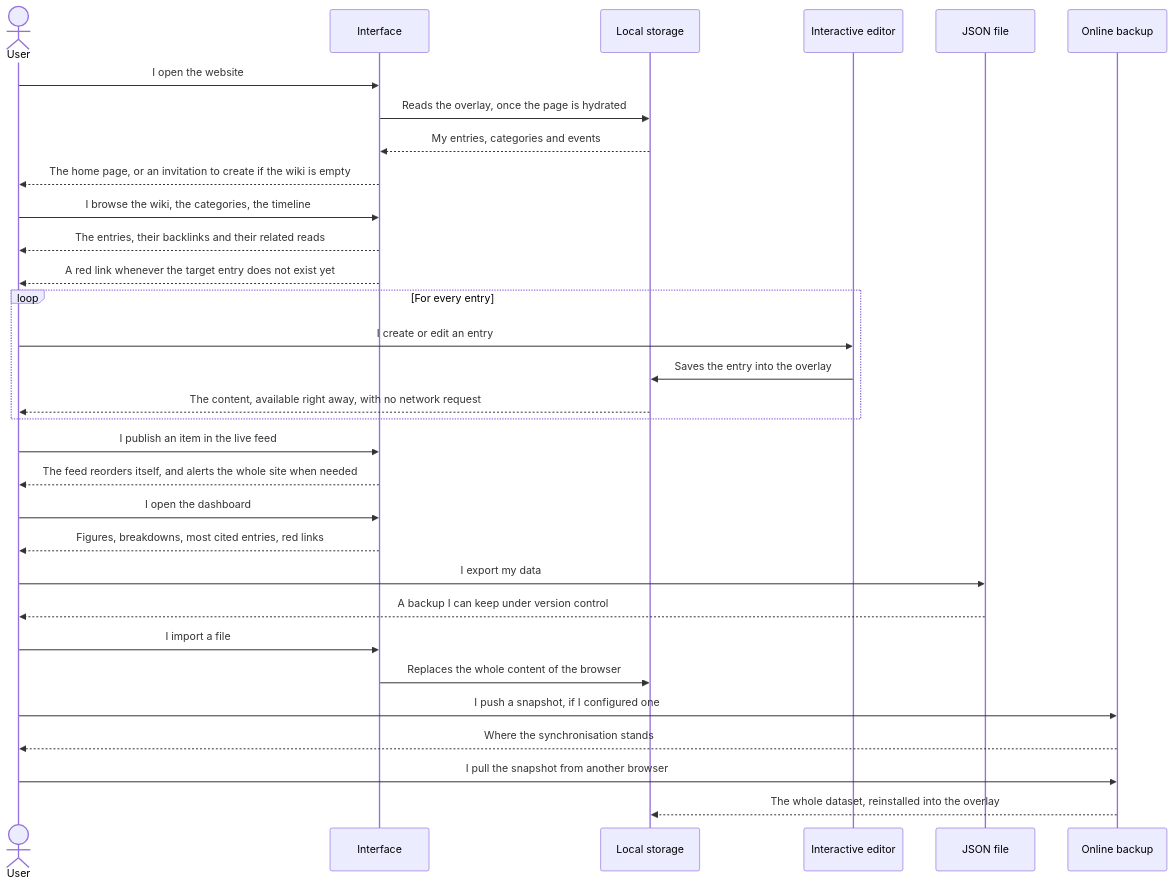
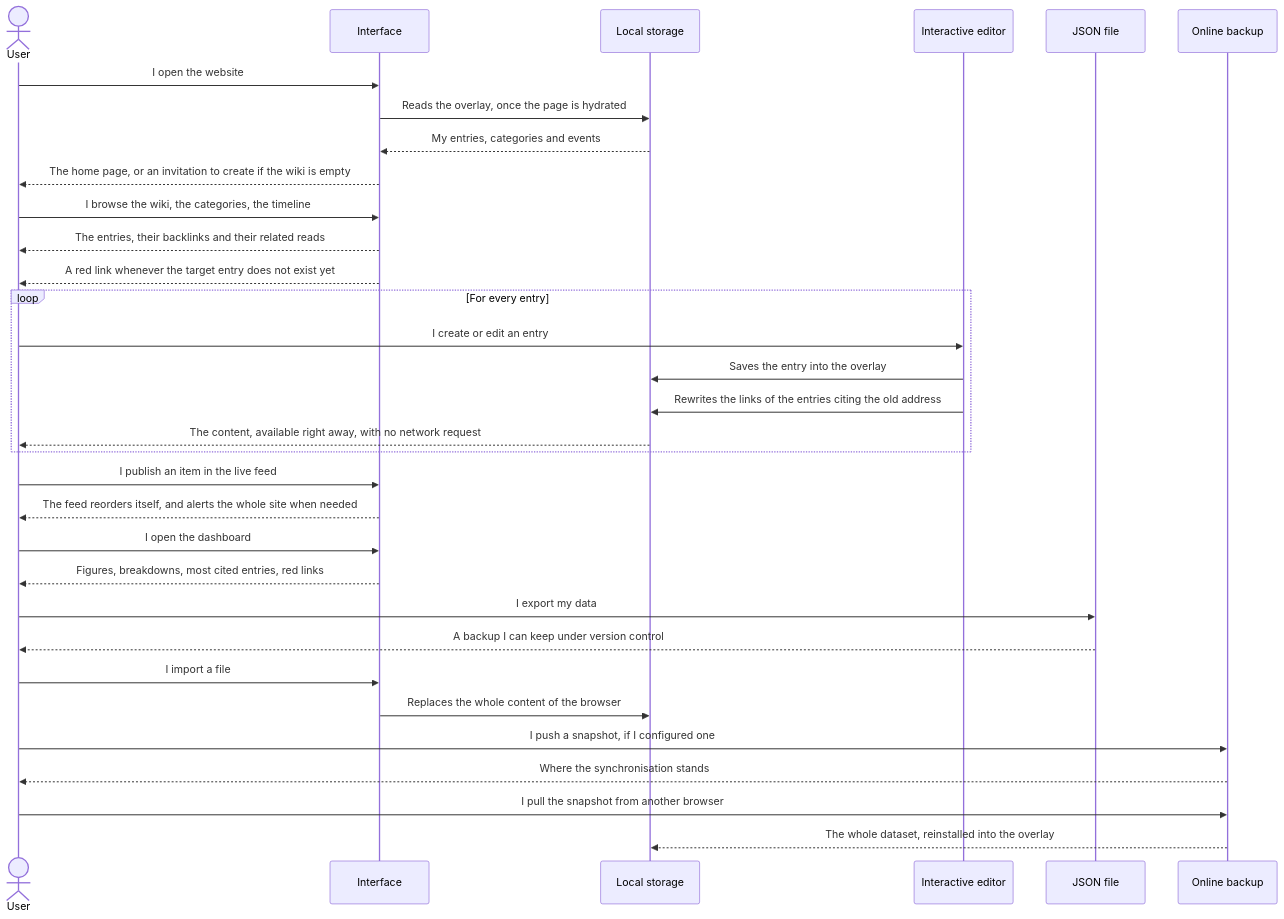
Before and after one commit to FlorianLeChat/Pericles-Initiative: the second of 2 diagrams in README.md, drawn with Mermaid. The commit also changed other lines of this file and 6 other files, not shown here.

Commit message:
feat(ui): rewrite incoming links when a page changes address

````diff
--- a/README.md
+++ b/README.md
@@ -122,40 +123,41 @@
 ```mermaid
 sequenceDiagram
     actor User
     participant Interface
     participant Local storage
     participant Interactive editor
     participant JSON file
     participant Online backup
 
     User->>Interface: I open the website
     Interface->>Local storage: Reads the overlay, once the page is hydrated
     Local storage-->>Interface: My entries, categories and events
     Interface-->>User: The home page, or an invitation to create if the wiki is empty
 
     User->>Interface: I browse the wiki, the categories, the timeline
     Interface-->>User: The entries, their backlinks and their related reads
     Interface-->>User: A red link whenever the target entry does not exist yet
 
     loop For every entry
         User->>Interactive editor: I create or edit an entry
         Interactive editor->>Local storage: Saves the entry into the overlay
+        Interactive editor->>Local storage: Rewrites the links of the entries citing the old address
         Local storage-->>User: The content, available right away, with no network request
     end
 
     User->>Interface: I publish an item in the live feed
     Interface-->>User: The feed reorders itself, and alerts the whole site when needed
 
     User->>Interface: I open the dashboard
     Interface-->>User: Figures, breakdowns, most cited entries, red links
 
     User->>JSON file: I export my data
     JSON file-->>User: A backup I can keep under version control
     User->>Interface: I import a file
     Interface->>Local storage: Replaces the whole content of the browser
 
     User->>Online backup: I push a snapshot, if I configured one
     Online backup-->>User: Where the synchronisation stands
     User->>Online backup: I pull the snapshot from another browser
     Online backup-->>Local storage: The whole dataset, reinstalled into the overlay
 ```
````
